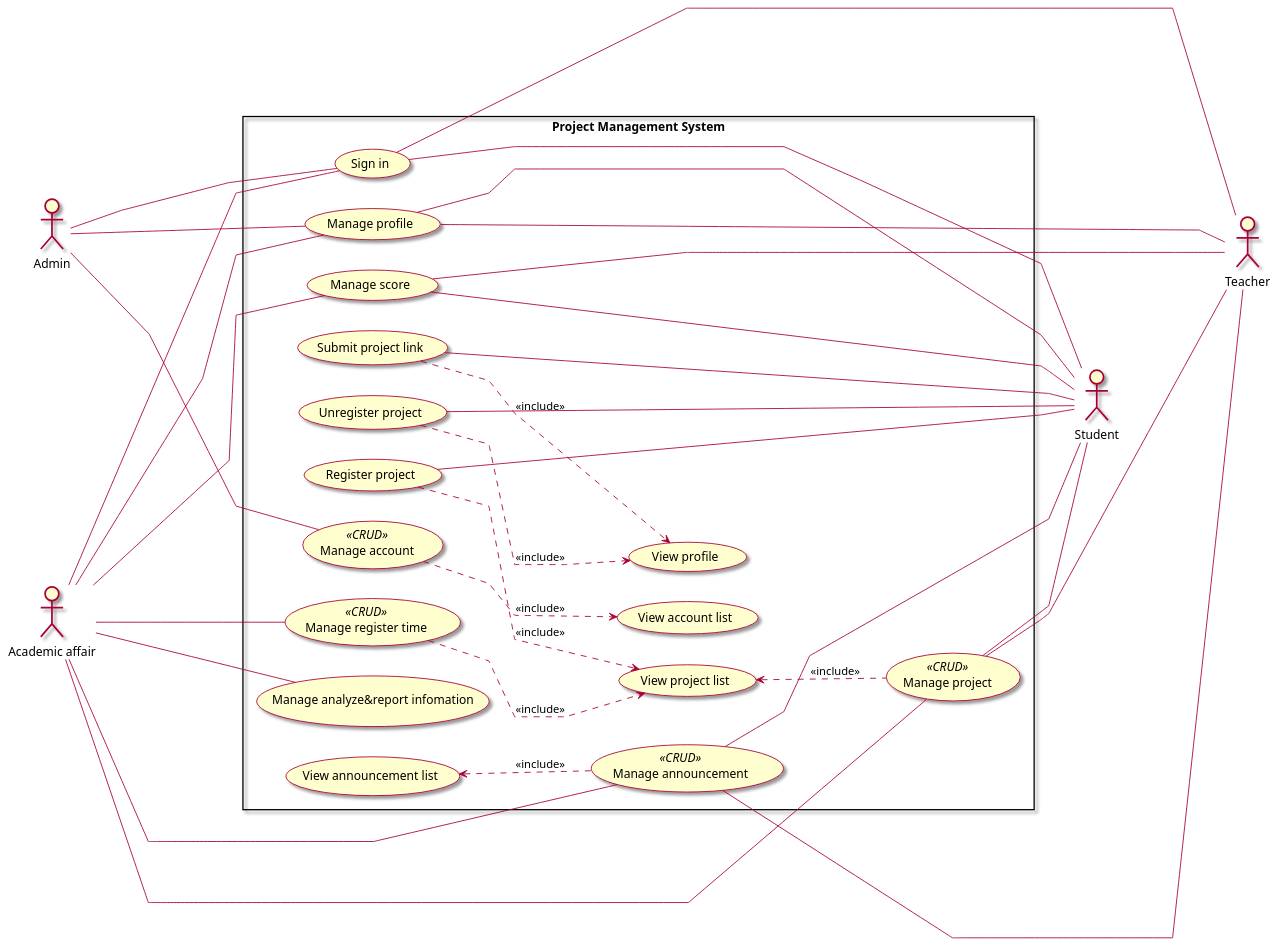
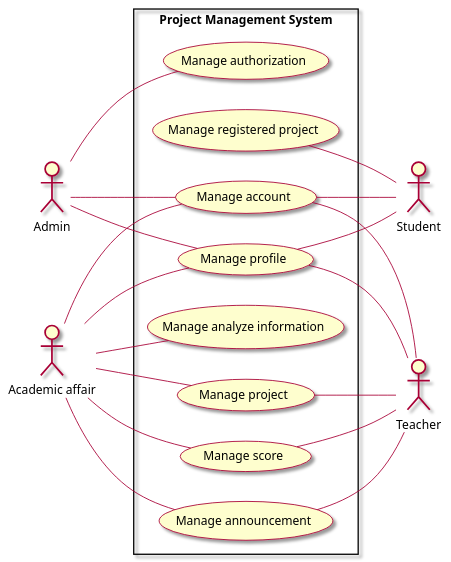
One commit to Marowota/SE100-plantuml changed the diagram in Use Case/1. UC Main.puml. Above: the diagram before and after it, drawn with PlantUML. The commit also changed 11 other files, not shown here.

```diff
--- a/Use Case/1. UC Main.puml
+++ b/Use Case/1. UC Main.puml
@@ -1,67 +1,52 @@
 @startuml UC Main
 skin rose 
 left to right direction
-skinparam Linetype polyline
+
+' skinparam Linetype polyline
+
 actor Admin as a
 actor Student as s
-actor "Academic affair" as aff
+actor "Academic affair" as aa
 actor Teacher as t
 rectangle "Project Management System" {
-  usecase "Manage account" as ManageAccount <<CRUD>>
-  usecase "Manage analyze&report infomation" as ManageAnalyze
-  usecase "Manage announcement" as ManageAnnouncement <<CRUD>>
-  usecase "Manage project" as ManageProject <<CRUD>>
-  usecase "Sign in" as Signin
-  usecase "Register project" as RegisterProject
-  usecase "Unregister project" as UnregisterProject
-  usecase "Manage register time" as ManageRegisterTime <<CRUD>>
+  usecase "Manage account" as ManageAccount
+
+  usecase "Manage announcement" as ManageAnnouncement
+  usecase "Manage project" as ManageProject
+
+  usecase "Manage registered project" as ManageRegistered
   usecase "Manage profile" as ManageProfile
-  usecase "View project list" as ViewProjectList
-  usecase "View announcement list" as ViewAnnouncementList
   usecase "Manage score" as ManageScore
-  usecase "View account list" as ViewAccountList
-  usecase "View profile" as ViewProfile
-  usecase "Submit project link" as SubmitProjectLink
+  
+  usecase "Manage authorization" as ManageAuthorization
+  usecase "Manage analyze information" as ManageAnalyze
 }
 
-aff ---- ManageProject
-ManageProject ---- t
-ManageProject ---- s
+a -- ManageAccount
+aa -- ManageAccount
+ManageAccount - s
+ManageAccount -- t
 
-aff ---- ManageAnnouncement
-ManageAnnouncement ---- t
-ManageAnnouncement ---- s
+a -- ManageAuthorization
+a -- ManageProfile
 
-aff ---- ManageAnalyze
+aa -- ManageAnalyze
+aa -- ManageAnnouncement
+aa -- ManageProject
+aa -- ManageProfile
+aa -- ManageScore
 
-aff ---- ManageProfile
-ManageProfile ---- t
-ManageProfile ---- s
-a ---- ManageProfile
+ManageProfile -- s
+ManageRegistered -- s
 
-aff ---- Signin
-Signin ---- t
-Signin ---- s
-a ---- Signin
+ManageAnnouncement -- t
+ManageProject -- t
+ManageProfile -- t
+ManageScore -- t
 
-aff ---- ManageScore
-ManageScore ---- t
-ManageScore ---- s
 
-s ---- RegisterProject
-s ---- UnregisterProject
 
-aff ---- ManageRegisterTime
 
-a ---- ManageAccount
 
-SubmitProjectLink ---- s
 
-ViewProjectList <.. ManageProject: <<include>>
-ViewAnnouncementList <.. ManageAnnouncement: <<include>>
-RegisterProject ..> ViewProjectList: <<include>>
-ManageRegisterTime ..> ViewProjectList: <<include>>
-ManageAccount ..> ViewAccountList: <<include>>
-UnregisterProject ..> ViewProfile: <<include>>
-SubmitProjectLink ..> ViewProfile: <<include>>
 @enduml
```
